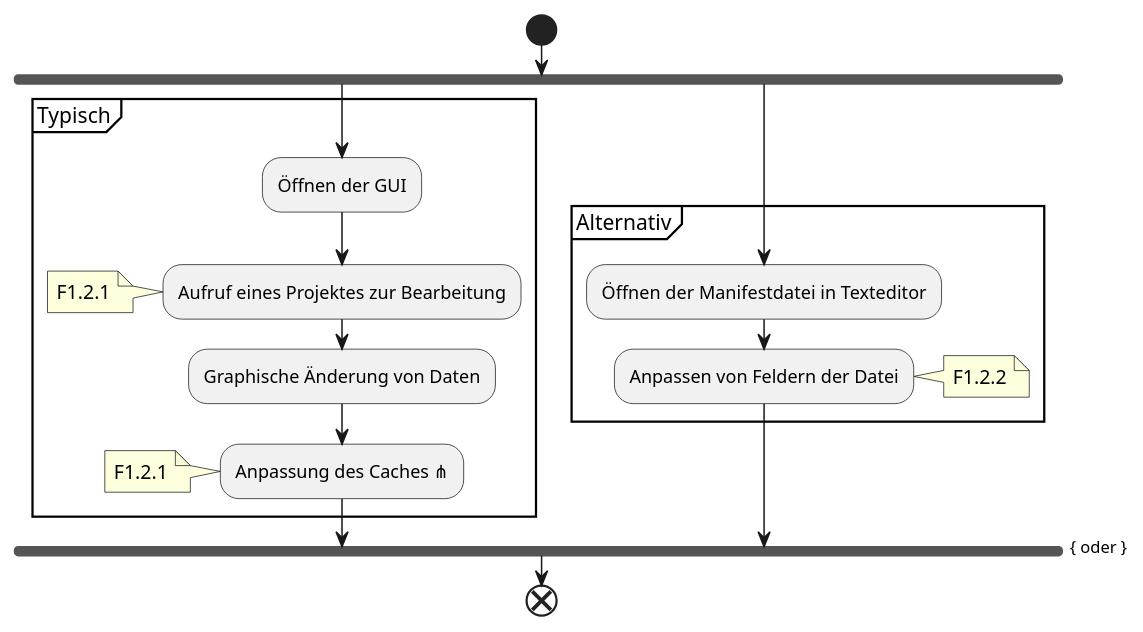
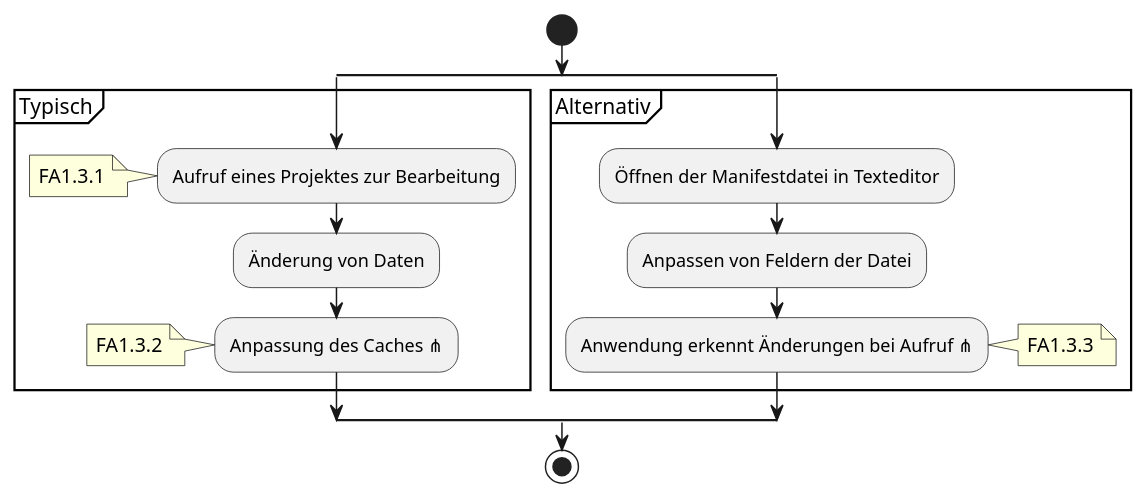
One commit to SoftwareEngineeringOne/wiki changed the sixth of 20 diagrams in wiki/topics/Inkremente/00/Anforderungsanalyse.md. Above: the diagram before and after it, drawn with PlantUML. The commit also changed other lines of this file, not shown here.

````diff
--- a/wiki/topics/Inkremente/00/Anforderungsanalyse.md
+++ b/wiki/topics/Inkremente/00/Anforderungsanalyse.md
@@ -161,23 +224,23 @@
 ```plantuml
 @startuml
 start
-fork
+split
 partition Typisch {
-    :Öffnen der GUI;
     :Aufruf eines Projektes zur Bearbeitung;
-    note: F1.2.1
-    :Graphische Änderung von Daten;
+    note: FA1.3.1
+    :Änderung von Daten;
     :Anpassung des Caches ⋔;
-    note: F1.2.1
+    note: FA1.3.2
 }
-fork again
+split again
 partition Alternativ {
     :Öffnen der Manifestdatei in Texteditor;
     :Anpassen von Feldern der Datei;
-    note right: F1.2.2
+    :Anwendung erkennt Änderungen bei Aufruf ⋔;
+    note right: FA1.3.3
 }
-end fork { oder }
-end
+end split
+stop
 
 @enduml
 ```
````
